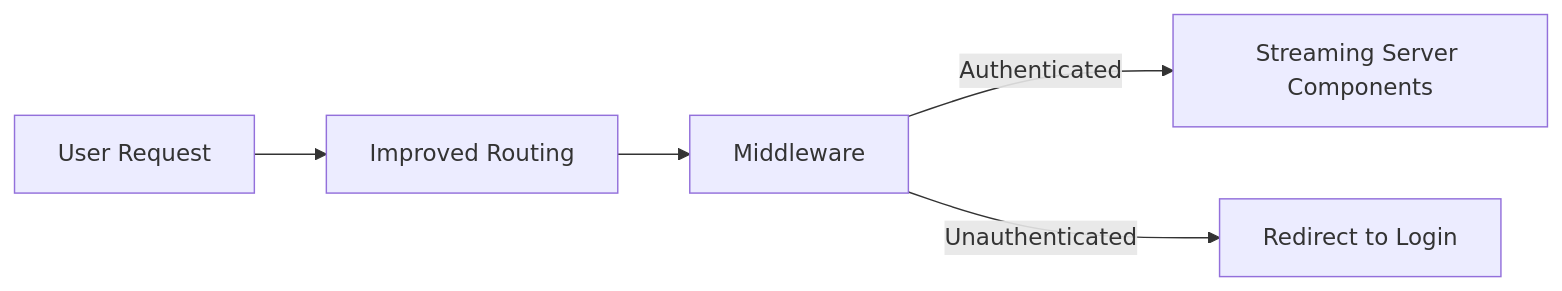
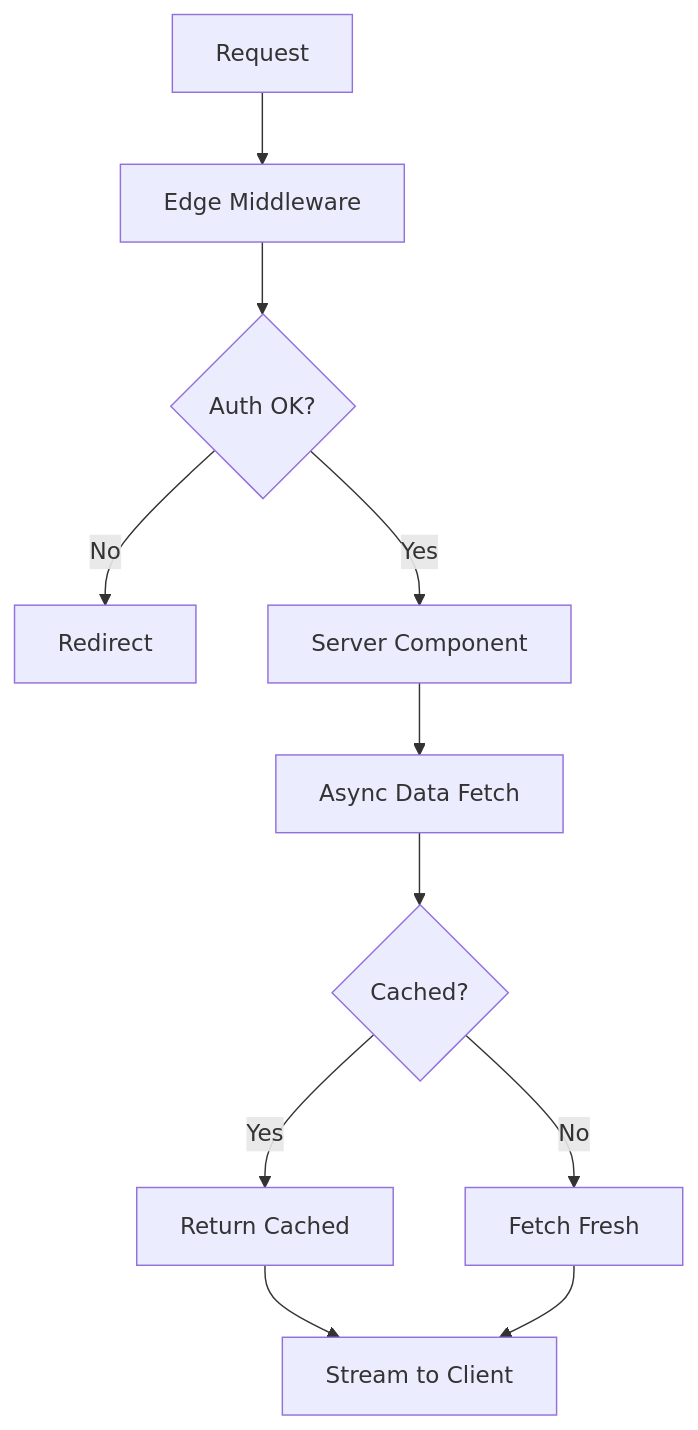
Before and after one commit to patricio0312rev/dev-blog: the diagram in src/content/articles/2026-02-03-nextjs-15-whats-really-new.mdx, drawn with Mermaid. The commit also changed other lines of this file, not shown here.

````diff
--- a/src/content/articles/2026-02-03-nextjs-15-whats-really-new.mdx
+++ b/src/content/articles/2026-02-03-nextjs-15-whats-really-new.mdx
@@ -109,7 +306,13 @@
 ```mermaid
-graph LR
-    A[User Request] --> B[Improved Routing]
-    B --> C[Middleware]
-    C -->|Authenticated| D[Streaming Server Components]
-    C -->|Unauthenticated| E[Redirect to Login]
+graph TD
+    A[Request] --> B[Edge Middleware]
+    B --> C{Auth OK?}
+    C -->|No| D[Redirect]
+    C -->|Yes| E[Server Component]
+    E --> F[Async Data Fetch]
+    F --> G{Cached?}
+    G -->|Yes| H[Return Cached]
+    G -->|No| I[Fetch Fresh]
+    H --> J[Stream to Client]
+    I --> J
 ```
````
